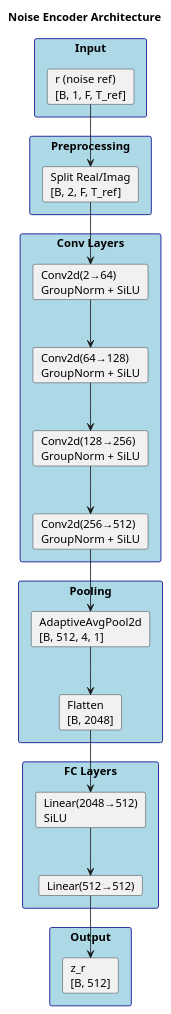
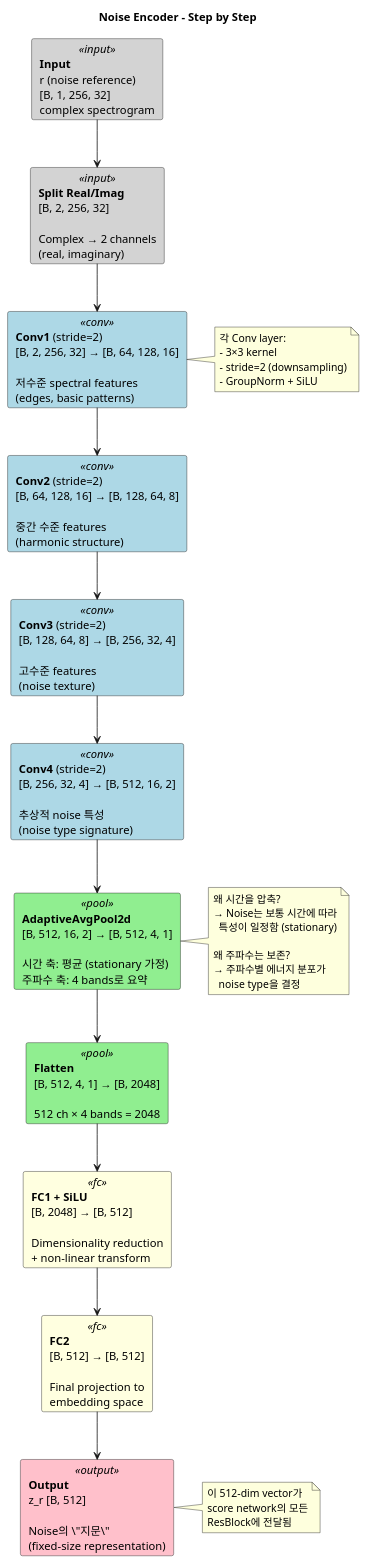
One commit to moonx010/sgmse changed the diagram in docs/diagrams/1_noise_encoder.puml. Above: the diagram before and after it, drawn with PlantUML.

Commit message:
Improve noise encoder diagram with detailed explanations

```diff
--- a/docs/diagrams/1_noise_encoder.puml
+++ b/docs/diagrams/1_noise_encoder.puml
@@ -1,49 +1,76 @@
 @startuml
-title Noise Encoder Architecture
+title Noise Encoder - Step by Step
 
-skinparam rectangle {
-    BackgroundColor LightBlue
-    BorderColor DarkBlue
+skinparam card {
+    BackgroundColor<<input>> LightGray
+    BackgroundColor<<conv>> LightBlue
+    BackgroundColor<<pool>> LightGreen
+    BackgroundColor<<fc>> LightYellow
+    BackgroundColor<<output>> Pink
 }
 
-rectangle "Input" as input {
-    card "r (noise ref)\n[B, 1, F, T_ref]" as r
-}
+' Input
+card "**Input**\nr (noise reference)\n[B, 1, 256, 32]\ncomplex spectrogram" <<input>> as input
 
-rectangle "Preprocessing" as preprocess {
-    card "Split Real/Imag\n[B, 2, F, T_ref]" as split
-}
+' Preprocessing
+card "**Split Real/Imag**\n[B, 2, 256, 32]\n\nComplex → 2 channels\n(real, imaginary)" <<input>> as split
 
-rectangle "Conv Layers" as convs {
-    card "Conv2d(2→64)\nGroupNorm + SiLU" as conv1
-    card "Conv2d(64→128)\nGroupNorm + SiLU" as conv2
-    card "Conv2d(128→256)\nGroupNorm + SiLU" as conv3
-    card "Conv2d(256→512)\nGroupNorm + SiLU" as conv4
-}
+' Conv layers with shapes
+card "**Conv1** (stride=2)\n[B, 2, 256, 32] → [B, 64, 128, 16]\n\n저수준 spectral features\n(edges, basic patterns)" <<conv>> as conv1
 
-rectangle "Pooling" as pool {
-    card "AdaptiveAvgPool2d\n[B, 512, 4, 1]" as avgpool
-    card "Flatten\n[B, 2048]" as flatten
-}
+card "**Conv2** (stride=2)\n[B, 64, 128, 16] → [B, 128, 64, 8]\n\n중간 수준 features\n(harmonic structure)" <<conv>> as conv2
 
-rectangle "FC Layers" as fc {
-    card "Linear(2048→512)\nSiLU" as fc1
-    card "Linear(512→512)" as fc2
-}
+card "**Conv3** (stride=2)\n[B, 128, 64, 8] → [B, 256, 32, 4]\n\n고수준 features\n(noise texture)" <<conv>> as conv3
 
-rectangle "Output" as output {
-    card "z_r\n[B, 512]" as zr
-}
+card "**Conv4** (stride=2)\n[B, 256, 32, 4] → [B, 512, 16, 2]\n\n추상적 noise 특성\n(noise type signature)" <<conv>> as conv4
 
-r --> split
+' Pooling
+card "**AdaptiveAvgPool2d**\n[B, 512, 16, 2] → [B, 512, 4, 1]\n\n시간 축: 평균 (stationary 가정)\n주파수 축: 4 bands로 요약" <<pool>> as pool
+
+card "**Flatten**\n[B, 512, 4, 1] → [B, 2048]\n\n512 ch × 4 bands = 2048" <<pool>> as flatten
+
+' FC layers
+card "**FC1 + SiLU**\n[B, 2048] → [B, 512]\n\nDimensionality reduction\n+ non-linear transform" <<fc>> as fc1
+
+card "**FC2**\n[B, 512] → [B, 512]\n\nFinal projection to\nembedding space" <<fc>> as fc2
+
+' Output
+card "**Output**\nz_r [B, 512]\n\nNoise의 \"지문\"\n(fixed-size representation)" <<output>> as output
+
+' Connections
+input --> split
 split --> conv1
 conv1 --> conv2
 conv2 --> conv3
 conv3 --> conv4
-conv4 --> avgpool
-avgpool --> flatten
+conv4 --> pool
+pool --> flatten
 flatten --> fc1
 fc1 --> fc2
-fc2 --> zr
+fc2 --> output
+
+' Notes
+note right of conv1
+  각 Conv layer:
+  - 3×3 kernel
+  - stride=2 (downsampling)
+  - GroupNorm + SiLU
+end note
+
+note right of pool
+  왜 시간을 압축?
+  → Noise는 보통 시간에 따라
+    특성이 일정함 (stationary)
+
+  왜 주파수는 보존?
+  → 주파수별 에너지 분포가
+    noise type을 결정
+end note
+
+note right of output
+  이 512-dim vector가
+  score network의 모든
+  ResBlock에 전달됨
+end note
 
 @enduml
```
